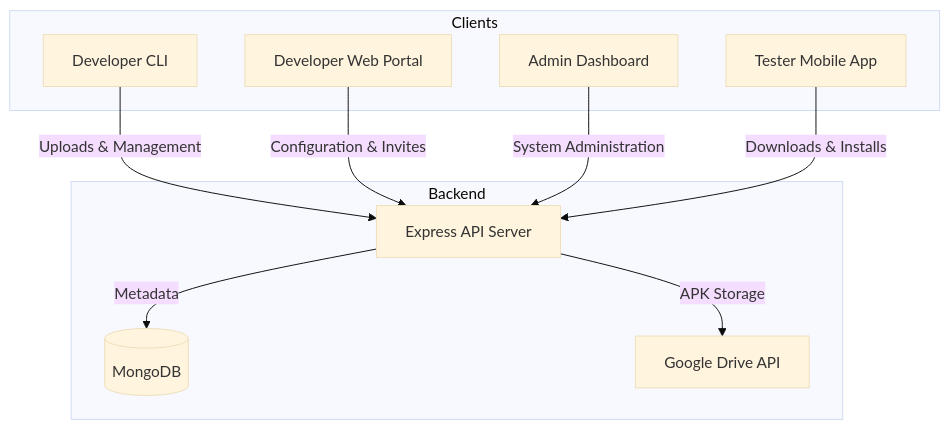
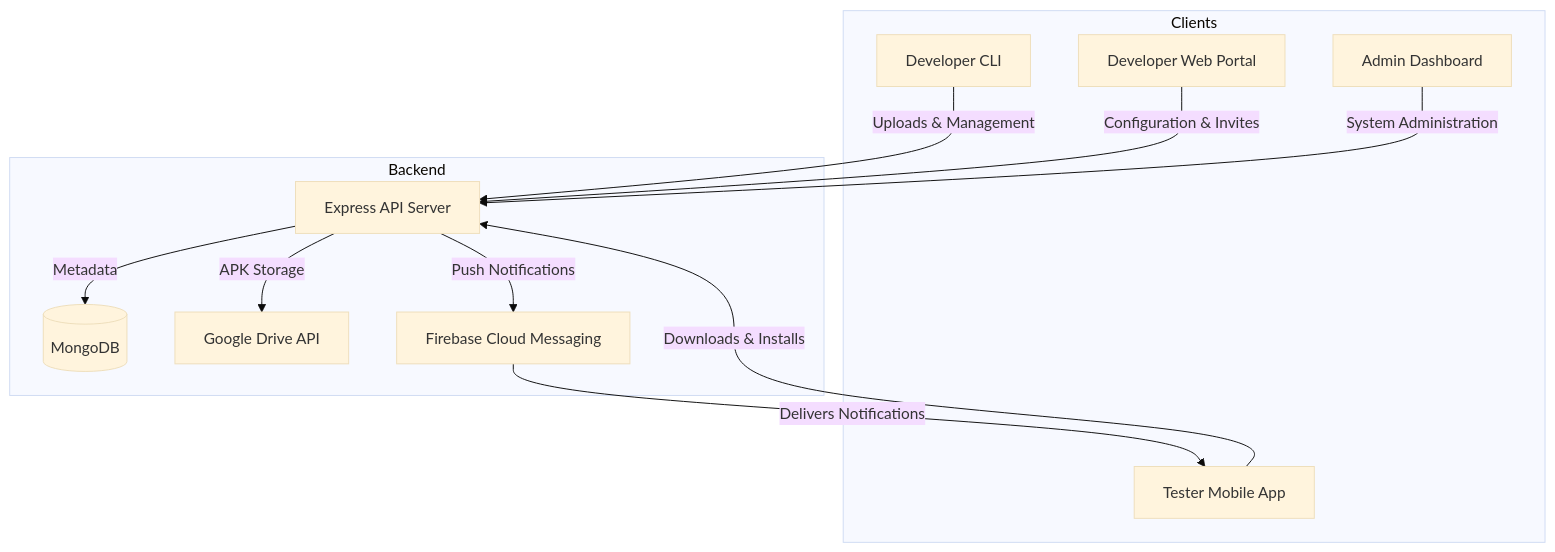
Before and after one commit to Subrata2402/testapk: the diagram in README.md, drawn with Mermaid (base theme).

Commit message:
docs: add Firebase Cloud Messaging to system architecture diagram

````diff
--- a/README.md
+++ b/README.md
@@ -9,23 +9,26 @@
 ```mermaid
 graph TD
     subgraph Clients
         CLI[Developer CLI]
         Web[Developer Web Portal]
         Admin[Admin Dashboard]
         App[Tester Mobile App]
     end
 
     subgraph Backend
         Server[Express API Server]
         DB[(MongoDB)]
         Drive[Google Drive API]
+        FCM[Firebase Cloud Messaging]
     end
 
     CLI -->|Uploads & Management| Server
     Web -->|Configuration & Invites| Server
     Admin -->|System Administration| Server
     App -->|Downloads & Installs| Server
 
     Server -->|Metadata| DB
     Server -->|APK Storage| Drive
+    Server -->|Push Notifications| FCM
+    FCM -->|Delivers Notifications| App
 ```
````
